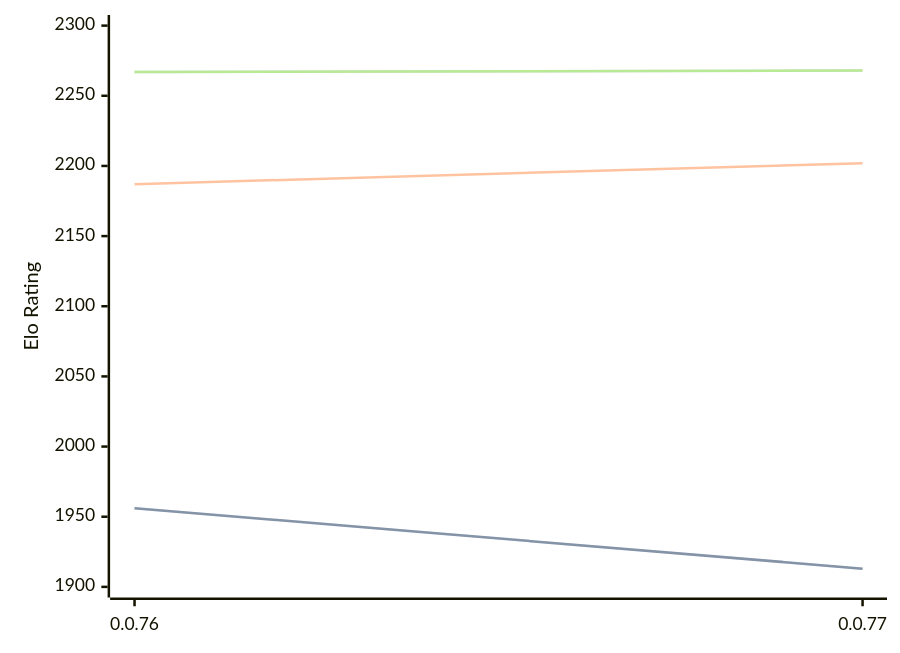
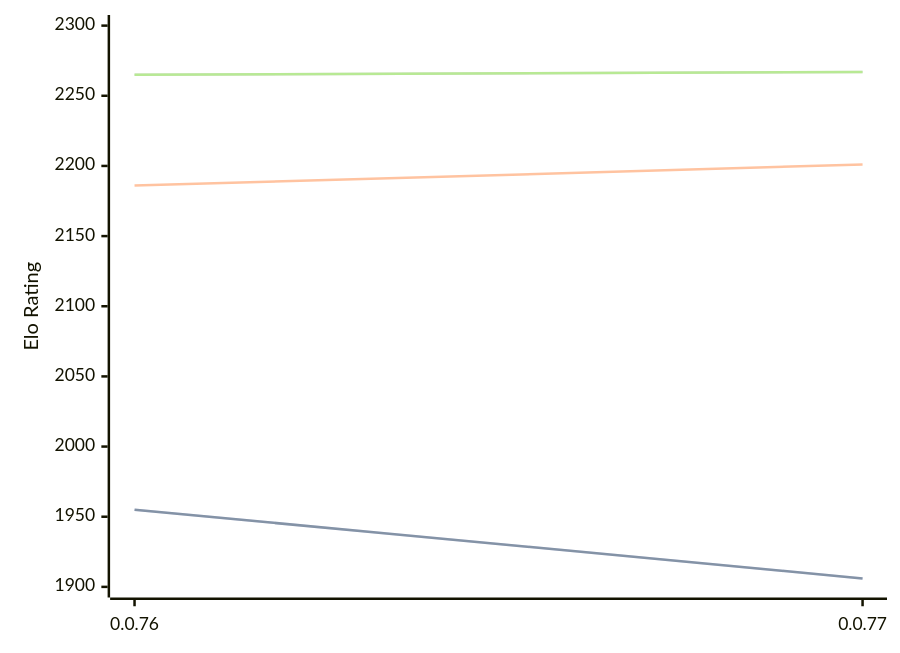
Before and after one commit to computer-chess-index/cci: the diagram in engines/Fktb.md, drawn with Mermaid. The commit also changed other lines of this file, not shown here.

Commit message:
Update CCI Ratings (ELO VLTC) - 2026-02-28

````diff
--- a/engines/Fktb.md
+++ b/engines/Fktb.md
@@ -30,11 +30,11 @@
 ```mermaid
 %%{init: {"theme":"base","themeVariables":{"seriesColors:['#a3a3a3','#222221','#faa371']}}}%%
 xychart-beta
   x-axis ["0.0.76", "0.0.77"]
   y-axis "Elo Rating" 1900 --> 2300
-  line "STC (8.0+0.08s)" [1956, 1913]
-  line "STC (8.0+0.08s)" [1956, 1913]
-  line "LTC (60.0+0.60s)" [2187, 2202]
-  line "VLTC (2m24s+1.12s)" [2267, 2268]
-  line "VLTC (2m24s+1.12s)" [2267, 2268]
+  line "STC (8.0+0.08s)" [1955, 1906]
+  line "STC (8.0+0.08s)" [1955, 1906]
+  line "LTC (60.0+0.60s)" [2186, 2201]
+  line "VLTC (2m24s+1.12s)" [2265, 2267]
+  line "VLTC (2m24s+1.12s)" [2265, 2267]
 ```
````
